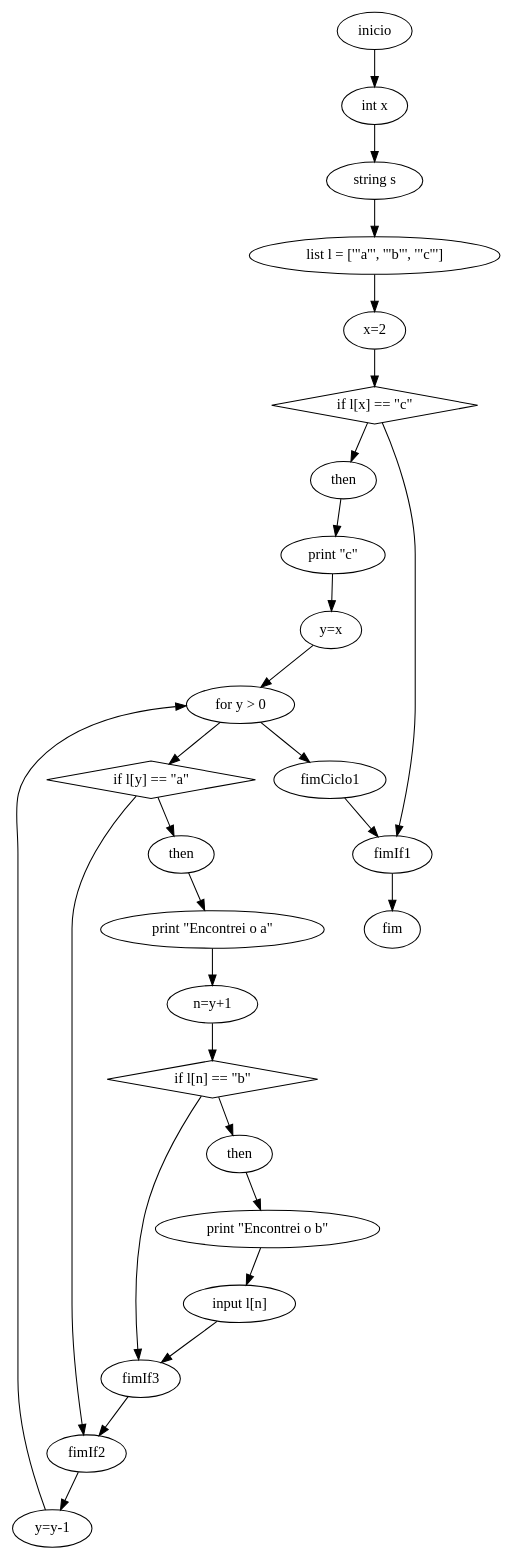
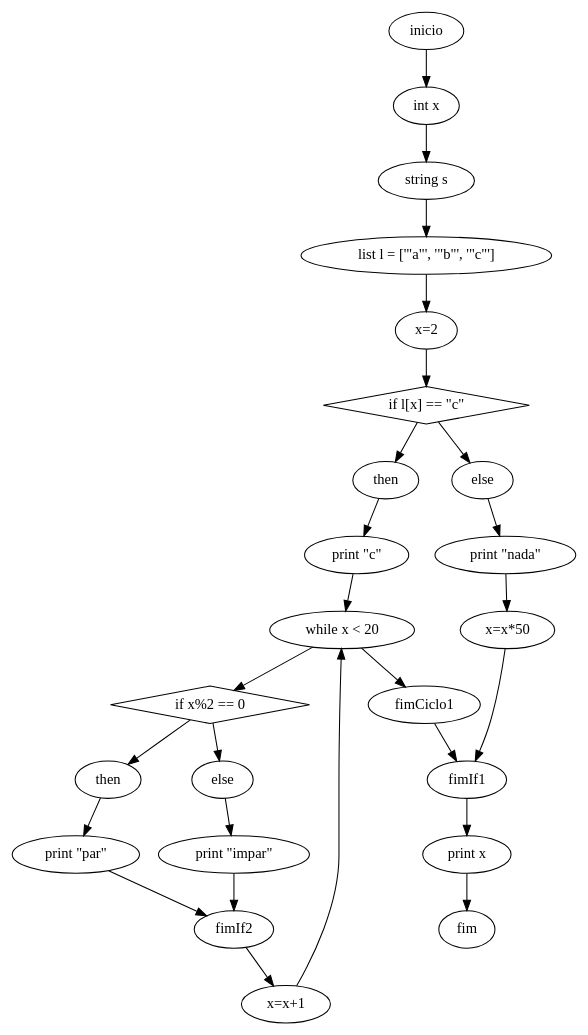
The diagram in TP3/cfg.dot (joaoprp111/TP-EngenhariaGramatical-2022), drawn with Graphviz before and after one commit. The commit also changed 8 other files, not shown here.

```diff
--- a/TP3/cfg.dot
+++ b/TP3/cfg.dot
@@ -1,53 +1,50 @@
 digraph cfg {
 	0 [label=inicio]
 	1 [label="int x"]
 	0 -> 1
 	2 [label="string s"]
 	1 -> 2
 	3 [label="list l = ['\"a\"', '\"b\"', '\"c\"']"]
 	2 -> 3
 	4 [label="x=2"]
 	3 -> 4
 	5 [label="if l[x] == \"c\"" shape=diamond]
 	6 [label=then]
 	5 -> 6
 	7 [label=fimIf1]
 	8 [label="print \"c\""]
 	6 -> 8
-	9 [label="y=x"]
+	9 [label="while x < 20"]
 	8 -> 9
-	10 [label="for y > 0"]
+	10 [label="if x%2 == 0" shape=diamond]
+	11 [label=then]
+	10 -> 11
+	12 [label=fimIf2]
+	13 [label="print \"par\""]
+	11 -> 13
+	13 -> 12
+	14 [label=else]
+	10 -> 14
+	15 [label="print \"impar\""]
+	14 -> 15
+	15 -> 12
 	9 -> 10
-	11 [label="y=y-1"]
-	12 [label="if l[y] == \"a\"" shape=diamond]
-	13 [label=then]
-	12 -> 13
-	14 [label=fimIf2]
-	15 [label="print \"Encontrei o a\""]
-	13 -> 15
-	16 [label="n=y+1"]
-	15 -> 16
-	17 [label="if l[n] == \"b\"" shape=diamond]
-	18 [label=then]
-	17 -> 18
-	19 [label=fimIf3]
-	20 [label="print \"Encontrei o b\""]
-	18 -> 20
-	21 [label="input l[n]"]
-	20 -> 21
-	21 -> 19
-	16 -> 17
-	17 -> 19
-	19 -> 14
-	10 -> 12
-	12 -> 14
-	14 -> 11
-	11 -> 10
-	22 [label=fimCiclo1]
-	10 -> 22
-	22 -> 7
+	16 [label="x=x+1"]
+	12 -> 16
+	16 -> 9
+	17 [label=fimCiclo1]
+	9 -> 17
+	17 -> 7
+	18 [label=else]
+	5 -> 18
+	19 [label="print \"nada\""]
+	18 -> 19
+	20 [label="x=x*50"]
+	19 -> 20
+	20 -> 7
 	4 -> 5
-	5 -> 7
-	23 [label=fim]
-	7 -> 23
+	21 [label="print x"]
+	7 -> 21
+	22 [label=fim]
+	21 -> 22
 }
```
